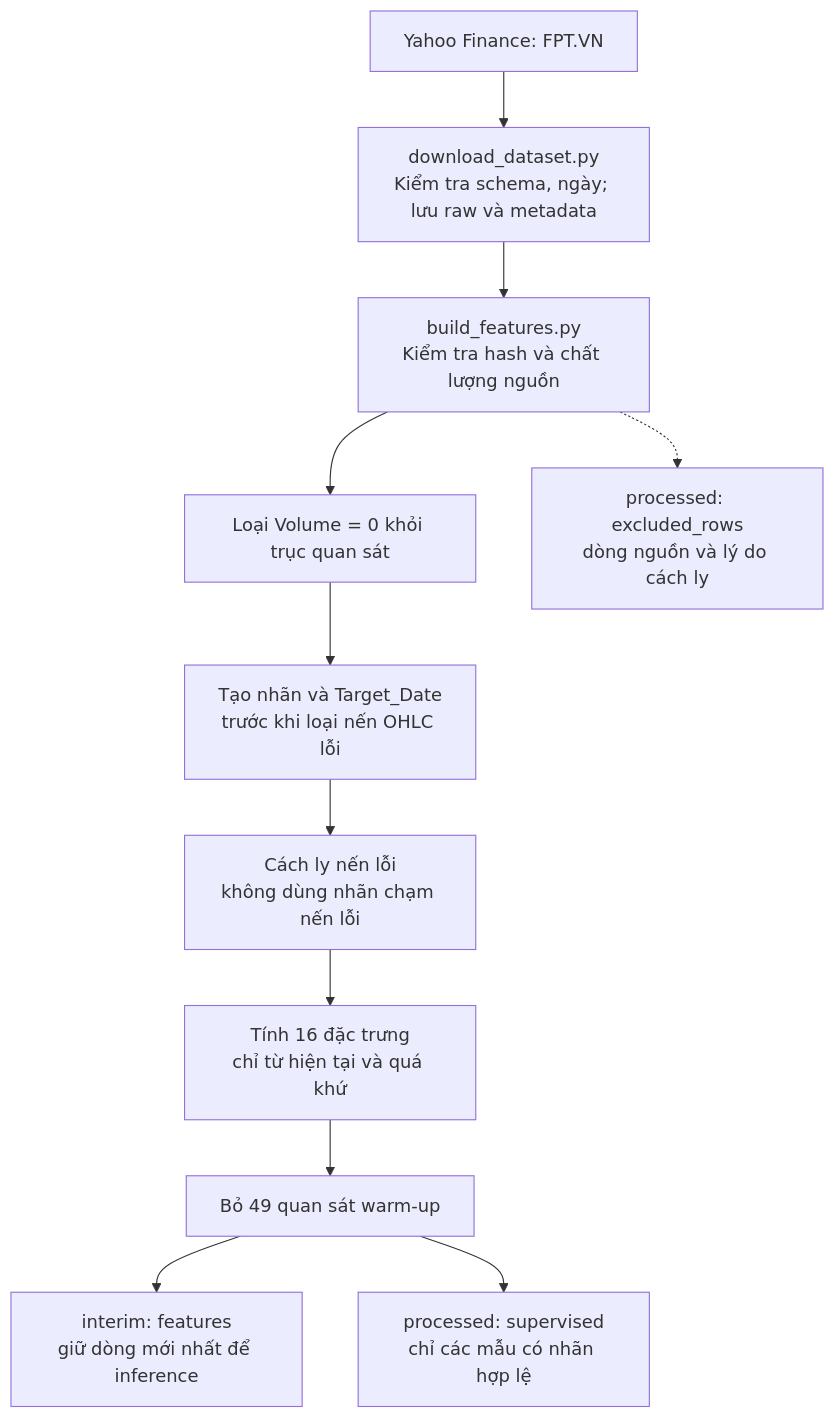
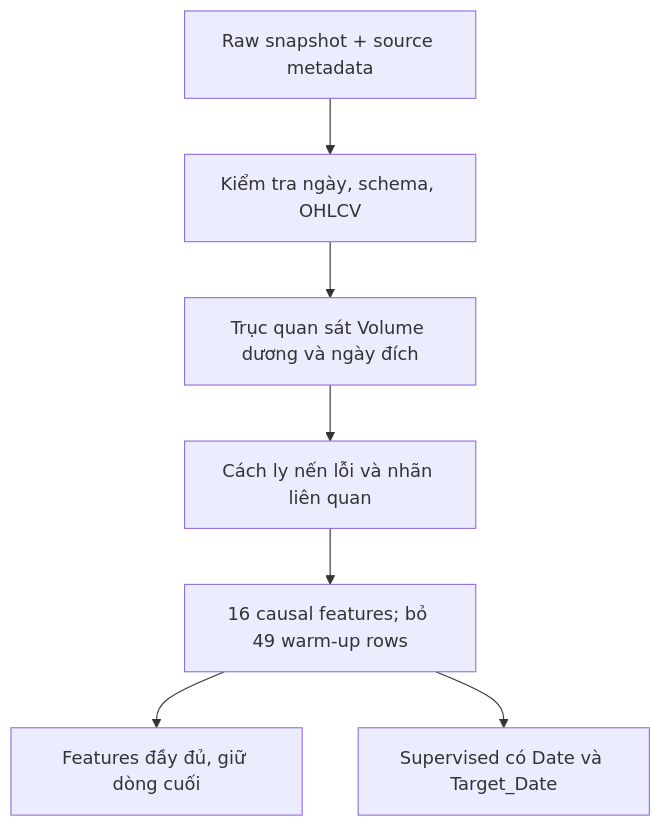
Before and after one commit to PhucTruong11/FPT_Stock_Forecasting: the first of 3 diagrams in README.md, drawn with Mermaid. The commit also changed other lines of this file and 54 other files, not shown here.

````diff
--- a/README.md
+++ b/README.md
@@ -32,13 +69,9 @@
 ```mermaid
 flowchart TD
-    A["Yahoo Finance: FPT.VN"] --> B["download_dataset.py<br/>Kiểm tra schema, ngày; lưu raw và metadata"]
-    B --> C["build_features.py<br/>Kiểm tra hash và chất lượng nguồn"]
-    C --> D["Loại Volume = 0 khỏi trục quan sát"]
-    D --> E["Tạo nhãn và Target_Date<br/>trước khi loại nến OHLC lỗi"]
-    E --> F["Cách ly nến lỗi<br/>không dùng nhãn chạm nến lỗi"]
-    F --> G["Tính 16 đặc trưng<br/>chỉ từ hiện tại và quá khứ"]
-    G --> H["Bỏ 49 quan sát warm-up"]
-    H --> I["interim: features<br/>giữ dòng mới nhất để inference"]
-    H --> J["processed: supervised<br/>chỉ các mẫu có nhãn hợp lệ"]
-    C -.-> K["processed: excluded_rows<br/>dòng nguồn và lý do cách ly"]
+    A["Raw snapshot + source metadata"] --> B["Kiểm tra ngày, schema, OHLCV"]
+    B --> C["Trục quan sát Volume dương và ngày đích"]
+    C --> D["Cách ly nến lỗi và nhãn liên quan"]
+    D --> E["16 causal features; bỏ 49 warm-up rows"]
+    E --> F["Features đầy đủ, giữ dòng cuối"]
+    E --> G["Supervised có Date và Target_Date"]
 ```
````
